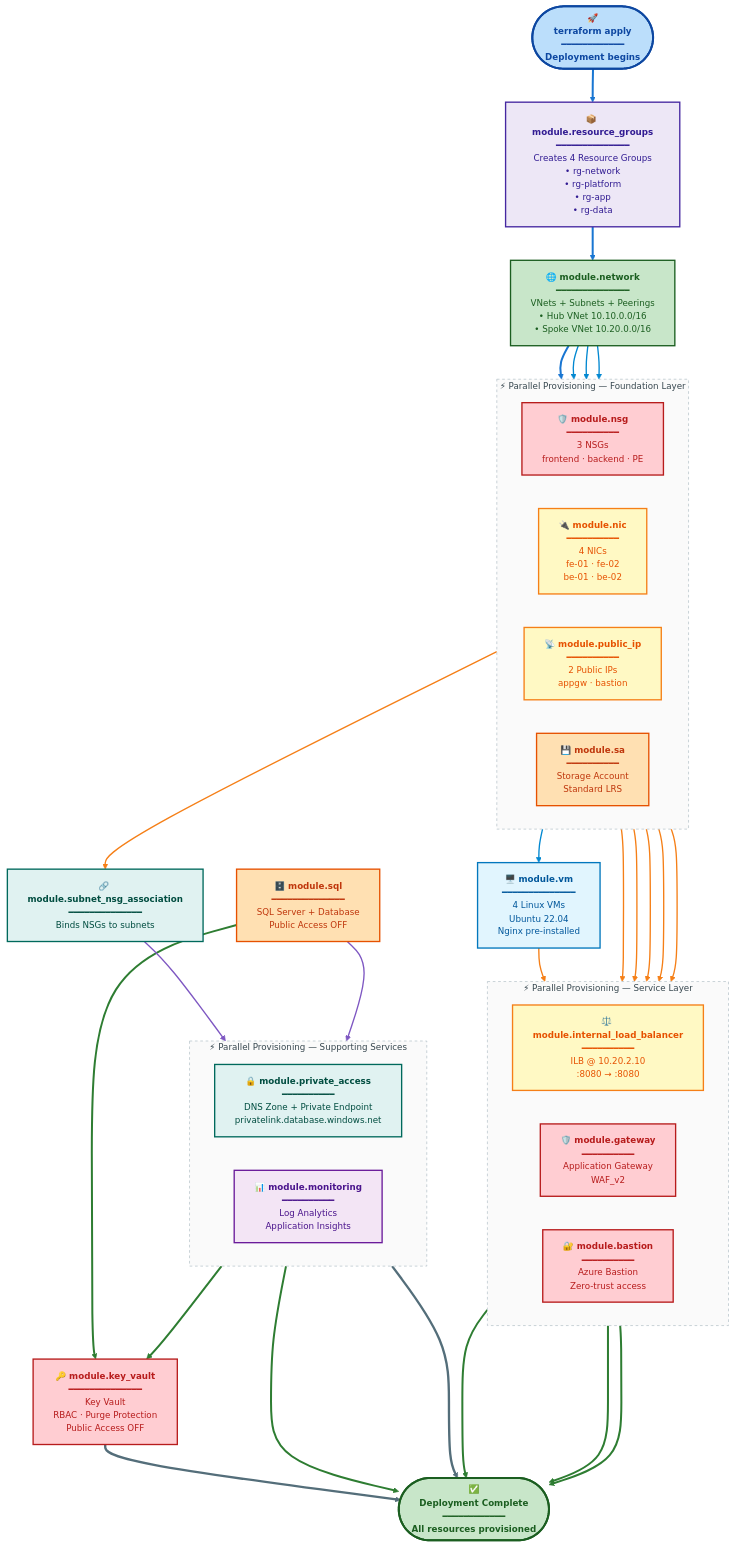
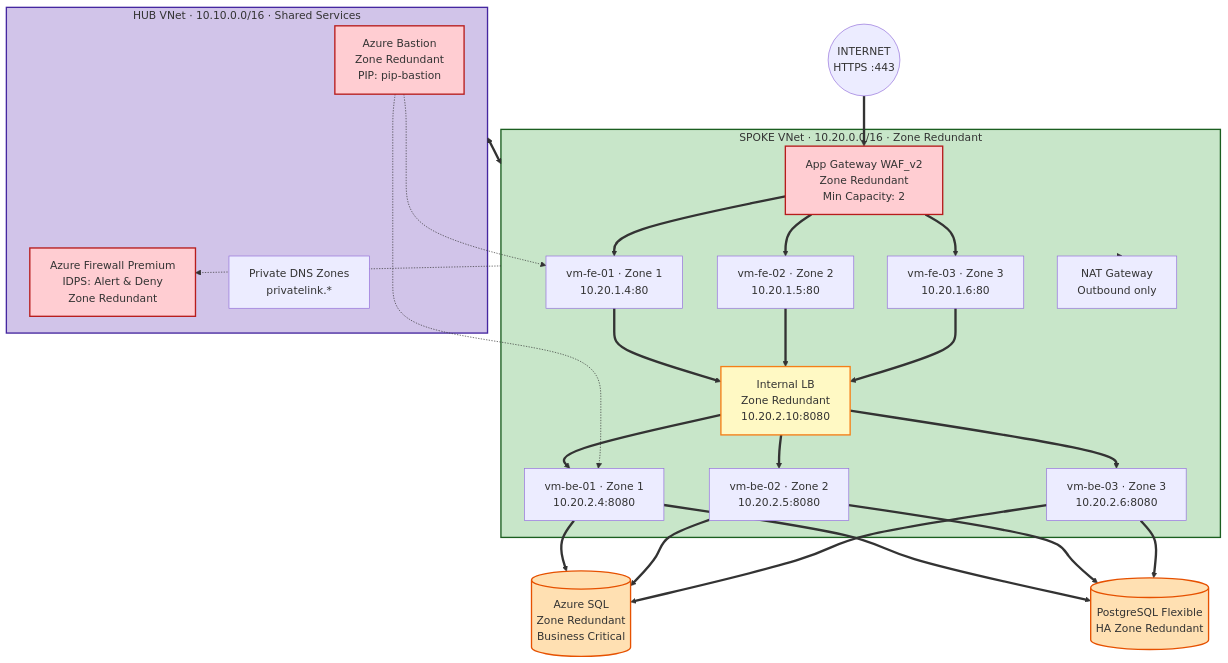
Before and after one commit to tripathicle/Workload-Landing-Zone: the second of 4 diagrams in README.md, drawn with Mermaid. The commit also changed other lines of this file, not shown here.

````diff
--- a/README.md
+++ b/README.md
@@ -347,124 +789,59 @@
 ```mermaid
-%%{init: {
-  'theme': 'base',
-  'themeVariables': {
-    'fontFamily': 'Segoe UI, Roboto, sans-serif',
-    'fontSize': '13px',
-    'background': '#ffffff',
-    'primaryColor': '#e3f2fd',
-    'primaryTextColor': '#0d47a1',
-    'primaryBorderColor': '#1976d2',
-    'lineColor': '#546e7a',
-    'edgeLabelBackground': '#ffffff'
-  }
-}}%%
 flowchart TB
+  Internet(("INTERNET<br/>HTTPS :443"))
 
-    APPLY(["🚀<br/><b>terraform apply</b><br/>━━━━━━━━━━━━<br/>Deployment begins"])
+  subgraph HUB["HUB VNet · 10.10.0.0/16 · Shared Services"]
+    BASTION["Azure Bastion<br/>Zone Redundant<br/>PIP: pip-bastion"]
+    FW["Azure Firewall Premium<br/>IDPS: Alert & Deny<br/>Zone Redundant"]
+    DNS["Private DNS Zones<br/>privatelink.*"]
+  end
 
-    RG["<b>📦 module.resource_groups</b><br/>━━━━━━━━━━━━━━<br/>Creates 4 Resource Groups<br/>• rg-network<br/>• rg-platform<br/>• rg-app<br/>• rg-data"]
+  subgraph SPOKE["SPOKE VNet · 10.20.0.0/16 · Zone Redundant"]
+    AGW["App Gateway WAF_v2<br/>Zone Redundant<br/>Min Capacity: 2"]
+    FE1["vm-fe-01 · Zone 1<br/>10.20.1.4:80"]
+    FE2["vm-fe-02 · Zone 2<br/>10.20.1.5:80"]
+    FE3["vm-fe-03 · Zone 3<br/>10.20.1.6:80"]
+    ILB["Internal LB<br/>Zone Redundant<br/>10.20.2.10:8080"]
+    BE1["vm-be-01 · Zone 1<br/>10.20.2.4:8080"]
+    BE2["vm-be-02 · Zone 2<br/>10.20.2.5:8080"]
+    BE3["vm-be-03 · Zone 3<br/>10.20.2.6:8080"]
+    NAT["NAT Gateway<br/>Outbound only"]
+  end
 
-    NET["<b>🌐 module.network</b><br/>━━━━━━━━━━━━━━<br/>VNets + Subnets + Peerings<br/>• Hub VNet 10.10.0.0/16<br/>• Spoke VNet 10.20.0.0/16"]
+  SQL[("Azure SQL<br/>Zone Redundant<br/>Business Critical")]
+  PG[("PostgreSQL Flexible<br/>HA Zone Redundant")]
 
-    subgraph LAYER2["⚡ Parallel Provisioning — Foundation Layer"]
-        direction LR
-        NSG["<b>🛡️ module.nsg</b><br/>━━━━━━━━━━<br/>3 NSGs<br/>frontend · backend · PE"]
-        NIC["<b>🔌 module.nic</b><br/>━━━━━━━━━━<br/>4 NICs<br/>fe-01 · fe-02<br/>be-01 · be-02"]
-        PIP["<b>📡 module.public_ip</b><br/>━━━━━━━━━━<br/>2 Public IPs<br/>appgw · bastion"]
-        SA["<b>💾 module.sa</b><br/>━━━━━━━━━━<br/>Storage Account<br/>Standard LRS"]
-    end
+  Internet ==> AGW
+  AGW ==> FE1
+  AGW ==> FE2
+  AGW ==> FE3
+  FE1 ==> ILB
+  FE2 ==> ILB
+  FE3 ==> ILB
+  ILB ==> BE1
+  ILB ==> BE2
+  ILB ==> BE3
+  BE1 ==> SQL
+  BE2 ==> SQL
+  BE3 ==> SQL
+  BE1 ==> PG
+  BE2 ==> PG
+  BE3 ==> PG
+  BASTION -.-> FE1
+  BASTION -.-> BE1
+  HUB <==> SPOKE
+  SPOKE -.-> FW
+  SPOKE -.-> NAT
 
-    VM["<b>🖥️ module.vm</b><br/>━━━━━━━━━━━━━━<br/>4 Linux VMs<br/>Ubuntu 22.04<br/>Nginx pre-installed"]
+  classDef hubStyle fill:#d1c4e9,stroke:#4527a0,stroke-width:2px
+  classDef spokeStyle fill:#c8e6c9,stroke:#1b5e20,stroke-width:2px
+  classDef dataStyle fill:#ffe0b2,stroke:#e65100,stroke-width:2px
+  classDef secStyle fill:#ffcdd2,stroke:#b71c1c,stroke-width:2px
+  classDef lbStyle fill:#fff9c4,stroke:#f57f17,stroke-width:2px
 
-    NSG_ASSOC["<b>🔗 module.subnet_nsg_association</b><br/>━━━━━━━━━━━━━━<br/>Binds NSGs to subnets"]
-
-    subgraph LAYER3["⚡ Parallel Provisioning — Service Layer"]
-        direction LR
-        ILB["<b>⚖️ module.internal_load_balancer</b><br/>━━━━━━━━━━<br/>ILB @ 10.20.2.10<br/>:8080 → :8080"]
-        AGW["<b>🛡️ module.gateway</b><br/>━━━━━━━━━━<br/>Application Gateway<br/>WAF_v2"]
-        BASTION["<b>🔐 module.bastion</b><br/>━━━━━━━━━━<br/>Azure Bastion<br/>Zero-trust access"]
-    end
-
-    SQL["<b>🗄️ module.sql</b><br/>━━━━━━━━━━━━━━<br/>SQL Server + Database<br/>Public Access OFF"]
-
-    subgraph LAYER4["⚡ Parallel Provisioning — Supporting Services"]
-        direction LR
-        PA["<b>🔒 module.private_access</b><br/>━━━━━━━━━━<br/>DNS Zone + Private Endpoint<br/>privatelink.database.windows.net"]
-        MON["<b>📊 module.monitoring</b><br/>━━━━━━━━━━<br/>Log Analytics<br/>Application Insights"]
-    end
-
-    KV["<b>🔑 module.key_vault</b><br/>━━━━━━━━━━━━━━<br/>Key Vault<br/>RBAC · Purge Protection<br/>Public Access OFF"]
-
-    DONE(["✅<br/><b>Deployment Complete</b><br/>━━━━━━━━━━━━<br/>All resources provisioned"])
-
-    %% ─────────────────────────────
-    %% DEPENDENCY FLOWS
-    %% ─────────────────────────────
-    APPLY ==> RG
-    RG ==> NET
-    NET ==> NSG
-    NET ==> NIC
-    NET ==> PIP
-    NET ==> SA
-
-    NIC ==> VM
-    NSG ==> NSG_ASSOC
-
-    VM ==> ILB
-    PIP ==> AGW
-    PIP ==> BASTION
-    NIC ==> ILB
-    NIC ==> AGW
-    NIC ==> BASTION
-
-    NSG_ASSOC ==> PA
-    SQL ==> PA
-
-    SQL ==> KV
-    MON ==> KV
-
-    ILB ==> DONE
-    AGW ==> DONE
-    BASTION ==> DONE
-    PA ==> DONE
-    MON ==> DONE
-    KV ==> DONE
-
-    %% ─────────────────────────────
-    %% STYLES — LIGHT PASTEL PALETTE
-    %% ─────────────────────────────
-    classDef applyStyle fill:#bbdefb,stroke:#0d47a1,stroke-width:3px,color:#0d47a1,font-weight:bold
-    classDef doneStyle fill:#c8e6c9,stroke:#1b5e20,stroke-width:3px,color:#1b5e20,font-weight:bold
-    classDef rgStyle fill:#ede7f6,stroke:#4527a0,stroke-width:2px,color:#311b92
-    classDef netStyle fill:#c8e6c9,stroke:#1b5e20,stroke-width:2px,color:#1b5e20
-    classDef computeStyle fill:#e1f5fe,stroke:#0277bd,stroke-width:2px,color:#01579b
-    classDef securityStyle fill:#ffcdd2,stroke:#b71c1c,stroke-width:2px,color:#b71c1c
-    classDef networkStyle fill:#fff9c4,stroke:#f57f17,stroke-width:2px,color:#e65100
-    classDef dataStyle fill:#ffe0b2,stroke:#e65100,stroke-width:2px,color:#bf360c
-    classDef monitorStyle fill:#f3e5f5,stroke:#6a1b9a,stroke-width:2px,color:#4a148c
-    classDef assocStyle fill:#e0f2f1,stroke:#00695c,stroke-width:2px,color:#004d40
-    classDef layerStyle fill:#fafafa,stroke:#b0bec5,stroke-width:1px,stroke-dasharray: 4 4,color:#37474f
-
-    class APPLY applyStyle
-    class DONE doneStyle
-    class RG rgStyle
-    class NET netStyle
-    class VM computeStyle
-    class NSG,AGW,BASTION securityStyle
-    class NIC,PIP,ILB networkStyle
-    class SA,SQL dataStyle
-    class MON monitorStyle
-    class KV securityStyle
-    class PA assocStyle
-    class NSG_ASSOC assocStyle
-    class LAYER2,LAYER3,LAYER4 layerStyle
-
-    %% ─────────────────────────────
-    %% LINK STYLING
-    %% ─────────────────────────────
-    linkStyle 0,1,2 stroke:#1976d2,stroke-width:3px,fill:none
-    linkStyle 3,4,5,6 stroke:#0288d1,stroke-width:2px,fill:none
-    linkStyle 7,8,9,10,11,12,13 stroke:#f57f17,stroke-width:2px,fill:none
-    linkStyle 14,15 stroke:#7e57c2,stroke-width:2px,fill:none
-    linkStyle 16,17,18,19,20,21 stroke:#2e7d32,stroke-width:3px,fill:none
+  class HUB hubStyle
+  class SPOKE spokeStyle
+  class SQL,PG dataStyle
+  class AGW,BASTION,FW secStyle
+  class ILB lbStyle
 ```
````
